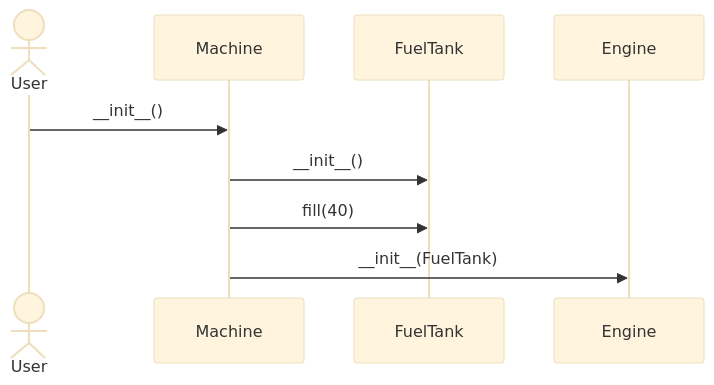
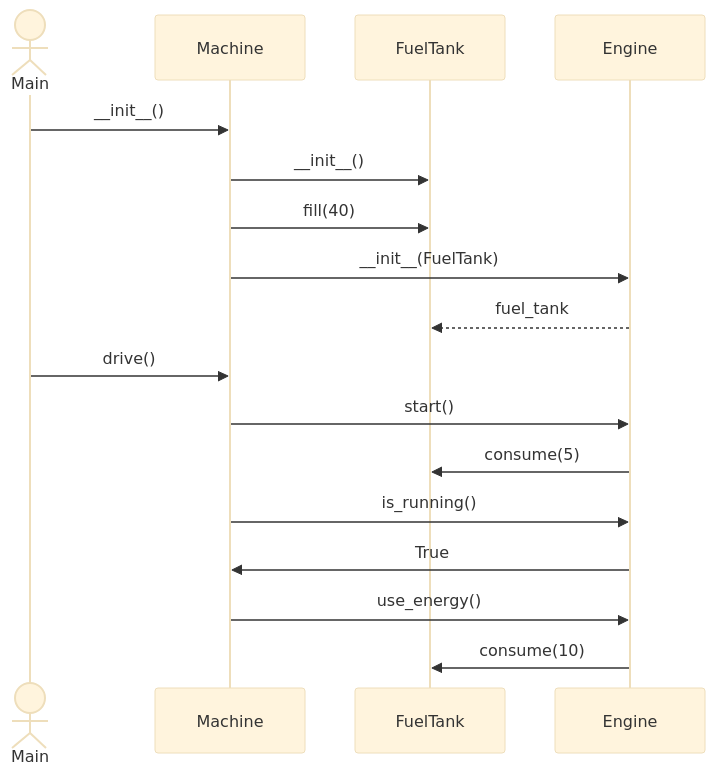
Before and after one commit to Desipeli/ot-harjoitustyo: the diagram in laskarit/viikko3/sekvenssi.md, drawn with Mermaid (base theme).

Commit message:
lisätty loput

````diff
--- a/laskarit/viikko3/sekvenssi.md
+++ b/laskarit/viikko3/sekvenssi.md
@@ -1,12 +1,20 @@
 ```mermaid
 sequenceDiagram
-	actor User
+	actor Main
 	participant Machine
 	participant FuelTank
 	participant Engine
-	User->>Machine: __init__()
+	Main->>Machine: __init__()
 	Machine->>FuelTank: __init__()
 	Machine->>FuelTank: fill(40)
 	Machine->>Engine: __init__(FuelTank)
+	Engine-->>FuelTank: fuel_tank
+	Main->>Machine: drive()
+	Machine->>Engine: start()
+	Engine->>FuelTank: consume(5)
+	Machine->>Engine: is_running()
+	Engine->>Machine: True
+	Machine->>Engine: use_energy()
+	Engine->>FuelTank: consume(10)
 	
 ```
````
